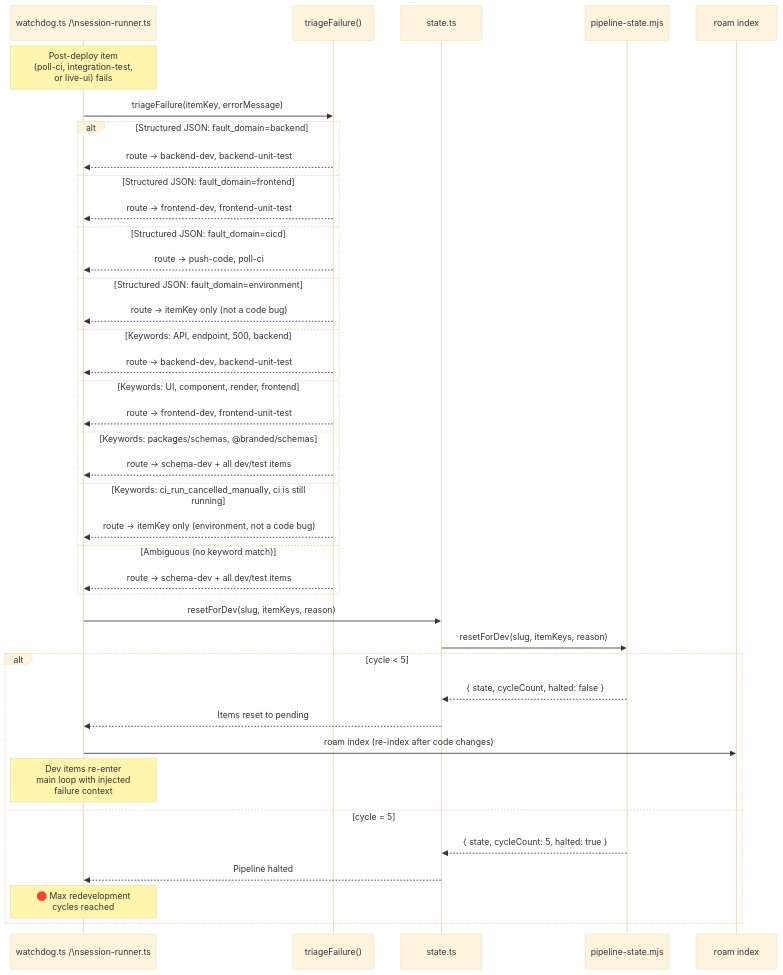
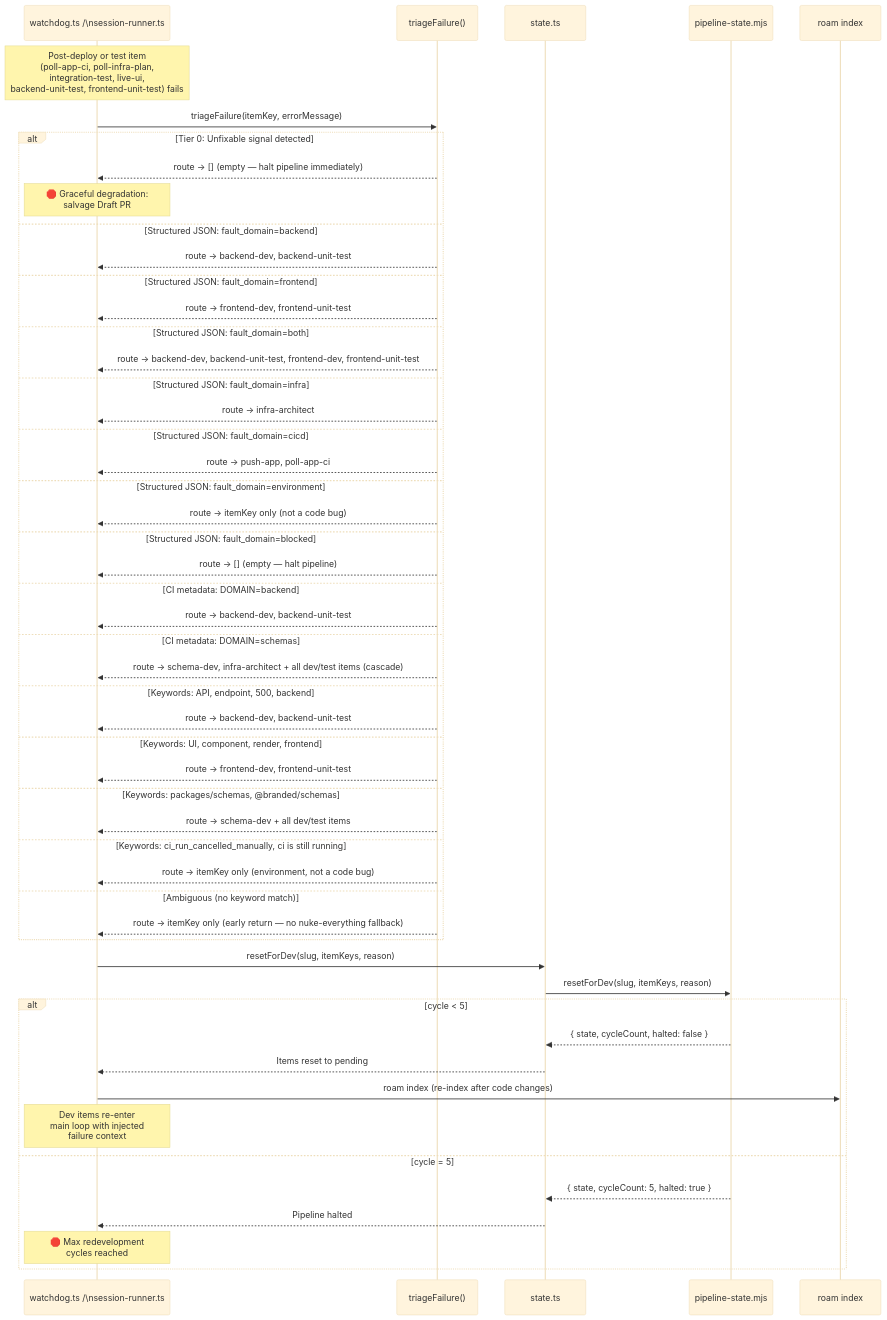
Before and after one commit to RomanKaliupinMelonusa/DAGent-t: the fourth of 7 diagrams in tools/autonomous-factory/docs/04-state-machine.md, drawn with Mermaid (base theme). The commit also changed other lines of this file and 5 other files, not shown here.

First line of the commit message:
Introduce infra-first two-wave pipeline

````diff
--- a/tools/autonomous-factory/docs/04-state-machine.md
+++ b/tools/autonomous-factory/docs/04-state-machine.md
@@ -169,46 +201,59 @@
 ```mermaid
 sequenceDiagram
     participant W as watchdog.ts /\nsession-runner.ts
     participant TF as triageFailure()
     participant S as state.ts
     participant PS as pipeline-state.mjs
     participant R as roam index
 
-    Note over W: Post-deploy item<br/>(poll-ci, integration-test,<br/>or live-ui) fails
+    Note over W: Post-deploy or test item<br/>(poll-app-ci, poll-infra-plan,<br/>integration-test, live-ui,<br/>backend-unit-test, frontend-unit-test) fails
 
     W->>TF: triageFailure(itemKey, errorMessage)
 
-    alt Structured JSON: fault_domain=backend
+    alt Tier 0: Unfixable signal detected
+        TF-->>W: route → [] (empty — halt pipeline immediately)
+        Note over W: 🛑 Graceful degradation:<br/>salvage Draft PR
+    else Structured JSON: fault_domain=backend
         TF-->>W: route → backend-dev, backend-unit-test
     else Structured JSON: fault_domain=frontend
         TF-->>W: route → frontend-dev, frontend-unit-test
+    else Structured JSON: fault_domain=both
+        TF-->>W: route → backend-dev, backend-unit-test, frontend-dev, frontend-unit-test
+    else Structured JSON: fault_domain=infra
+        TF-->>W: route → infra-architect
     else Structured JSON: fault_domain=cicd
-        TF-->>W: route → push-code, poll-ci
+        TF-->>W: route → push-app, poll-app-ci
     else Structured JSON: fault_domain=environment
         TF-->>W: route → itemKey only (not a code bug)
+    else Structured JSON: fault_domain=blocked
+        TF-->>W: route → [] (empty — halt pipeline)
+    else CI metadata: DOMAIN=backend
+        TF-->>W: route → backend-dev, backend-unit-test
+    else CI metadata: DOMAIN=schemas
+        TF-->>W: route → schema-dev, infra-architect + all dev/test items (cascade)
     else Keywords: API, endpoint, 500, backend
         TF-->>W: route → backend-dev, backend-unit-test
     else Keywords: UI, component, render, frontend
         TF-->>W: route → frontend-dev, frontend-unit-test
     else Keywords: packages/schemas, @branded/schemas
         TF-->>W: route → schema-dev + all dev/test items
     else Keywords: ci_run_cancelled_manually, ci is still running
         TF-->>W: route → itemKey only (environment, not a code bug)
     else Ambiguous (no keyword match)
-        TF-->>W: route → schema-dev + all dev/test items
+        TF-->>W: route → itemKey only (early return — no nuke-everything fallback)
     end
 
     W->>S: resetForDev(slug, itemKeys, reason)
     S->>PS: resetForDev(slug, itemKeys, reason)
 
     alt cycle < 5
         PS-->>S: { state, cycleCount, halted: false }
         S-->>W: Items reset to pending
         W->>R: roam index (re-index after code changes)
         Note over W: Dev items re-enter<br/>main loop with injected<br/>failure context
     else cycle = 5
         PS-->>S: { state, cycleCount: 5, halted: true }
         S-->>W: Pipeline halted
         Note over W: 🛑 Max redevelopment<br/>cycles reached
     end
 ```
````
